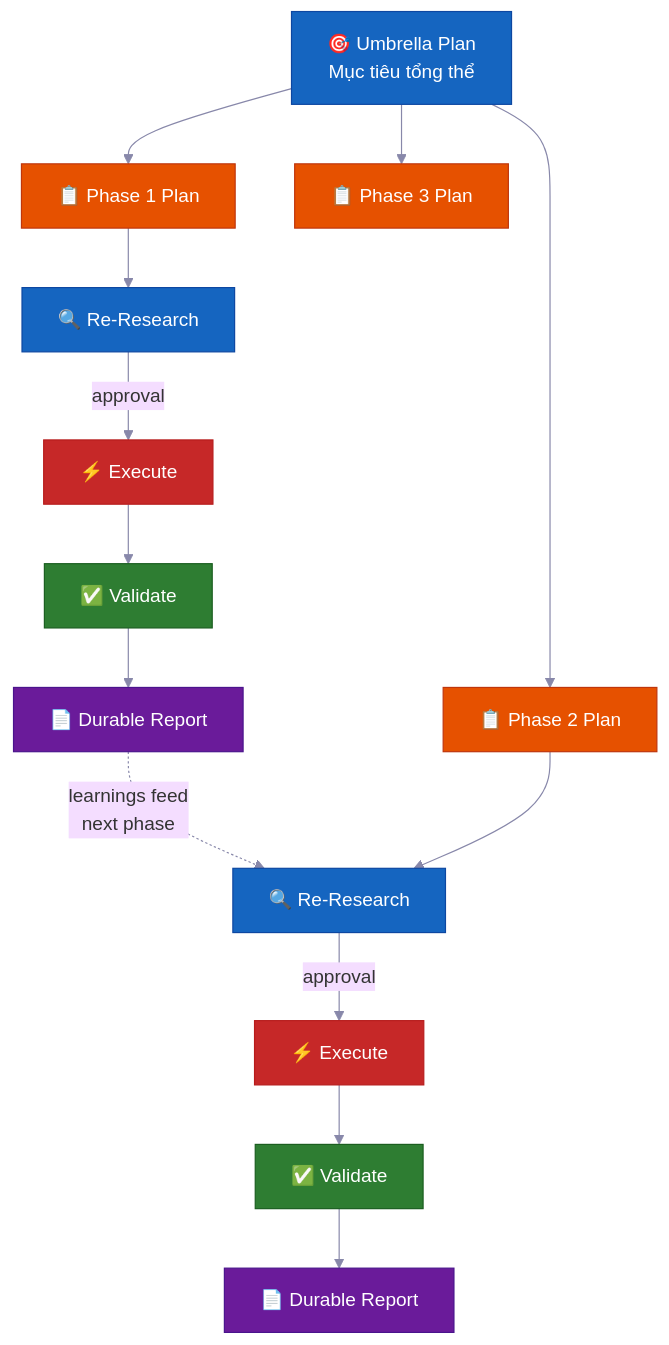
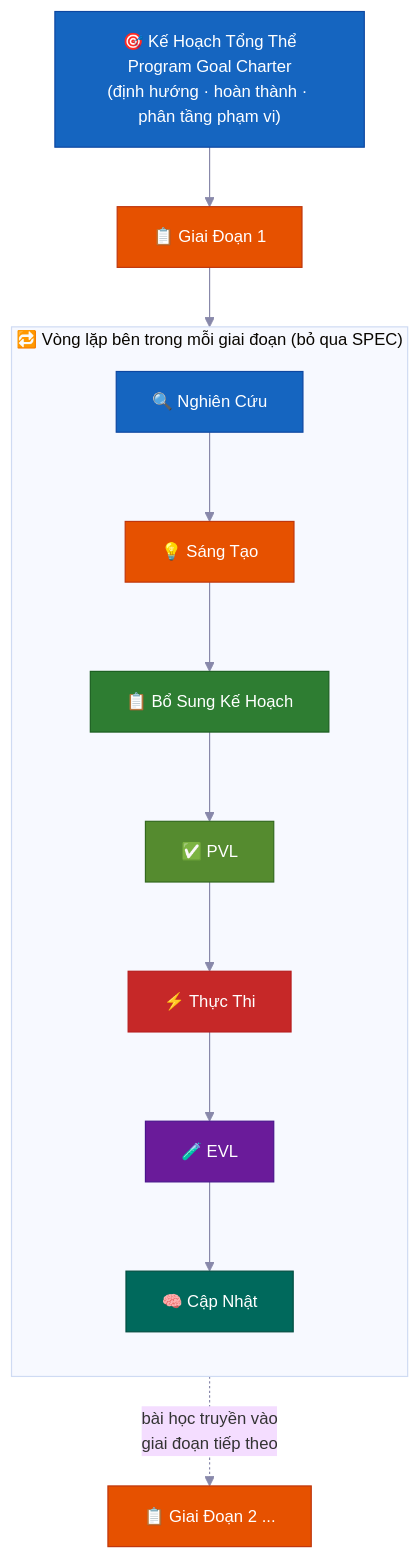
One commit to Erlangga15/vibecode-pro-max-kit changed diagram 12 of 14 in docs/i18n/README.vi-VN.md. Above: the diagram before and after it, drawn with Mermaid. The commit also changed other lines of this file and 43 other files, not shown here.

````diff
--- a/docs/i18n/README.vi-VN.md
+++ b/docs/i18n/README.vi-VN.md
@@ -921,46 +1229,33 @@
 ```mermaid
-%%{init: {'theme': 'base', 'themeVariables': {'fontSize': '16px', 'lineColor': '#8888AA'}} }%%
+%%{init: {'theme': 'base', 'themeVariables': {'fontSize': '14px', 'lineColor': '#8888AA'}} }%%
 flowchart TD
-    UP["🎯 Umbrella Plan\nMục tiêu tổng thể"]
-    P1["📋 Phase 1 Plan"]
-    P2["📋 Phase 2 Plan"]
-    P3["📋 Phase 3 Plan"]
+    UP["🎯 Kế Hoạch Tổng Thể\nProgram Goal Charter\n(định hướng · hoàn thành · phân tầng phạm vi)"]
+    P1["📋 Giai Đoạn 1"]
+    P2["📋 Giai Đoạn 2 ..."]
 
-    R1["🔍 Re-Research"]
-    E1["⚡ Execute"]
-    V1["✅ Validate"]
-    RP1["📄 Durable Report"]
+    subgraph LOOP["🔁 Vòng lặp bên trong mỗi giai đoạn (bỏ qua SPEC)"]
+        direction TB
+        R["🔍 Nghiên Cứu"]
+        I["💡 Sáng Tạo"]
+        PL["📋 Bổ Sung Kế Hoạch"]
+        PVL["✅ PVL"]
+        EX["⚡ Thực Thi"]
+        EVL["🧪 EVL"]
+        UPD["🧠 Cập Nhật"]
+        R --> I --> PL --> PVL --> EX --> EVL --> UPD
+    end
 
-    R2["🔍 Re-Research"]
-    E2["⚡ Execute"]
-    V2["✅ Validate"]
-    RP2["📄 Durable Report"]
-
-    UP --> P1
-    UP --> P2
-    UP --> P3
-
-    P1 --> R1
-    R1 -->|"approval"| E1
-    E1 --> V1
-    V1 --> RP1
-    RP1 -.->|"learnings feed\nnext phase"| R2
-
-    P2 --> R2
-    R2 -->|"approval"| E2
-    E2 --> V2
-    V2 --> RP2
+    UP --> P1 --> LOOP
+    LOOP -.->|"bài học truyền vào\ngiai đoạn tiếp theo"| P2
 
     style UP fill:#1565C0,stroke:#0D47A1,color:#FFFFFF
     style P1 fill:#E65100,stroke:#BF360C,color:#FFFFFF
     style P2 fill:#E65100,stroke:#BF360C,color:#FFFFFF
-    style P3 fill:#E65100,stroke:#BF360C,color:#FFFFFF
-    style R1 fill:#1565C0,stroke:#0D47A1,color:#FFFFFF
-    style E1 fill:#C62828,stroke:#B71C1C,color:#FFFFFF
-    style V1 fill:#2E7D32,stroke:#1B5E20,color:#FFFFFF
-    style RP1 fill:#6A1B9A,stroke:#4A148C,color:#FFFFFF
-    style R2 fill:#1565C0,stroke:#0D47A1,color:#FFFFFF
-    style E2 fill:#C62828,stroke:#B71C1C,color:#FFFFFF
-    style V2 fill:#2E7D32,stroke:#1B5E20,color:#FFFFFF
-    style RP2 fill:#6A1B9A,stroke:#4A148C,color:#FFFFFF
+    style R fill:#1565C0,stroke:#0D47A1,color:#FFFFFF
+    style I fill:#E65100,stroke:#BF360C,color:#FFFFFF
+    style PL fill:#2E7D32,stroke:#1B5E20,color:#FFFFFF
+    style PVL fill:#558B2F,stroke:#33691E,color:#FFFFFF
+    style EX fill:#C62828,stroke:#B71C1C,color:#FFFFFF
+    style EVL fill:#6A1B9A,stroke:#4A148C,color:#FFFFFF
+    style UPD fill:#00695C,stroke:#004D40,color:#FFFFFF
 ```
````
